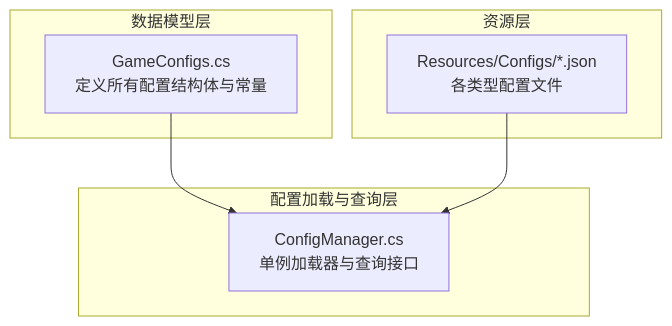
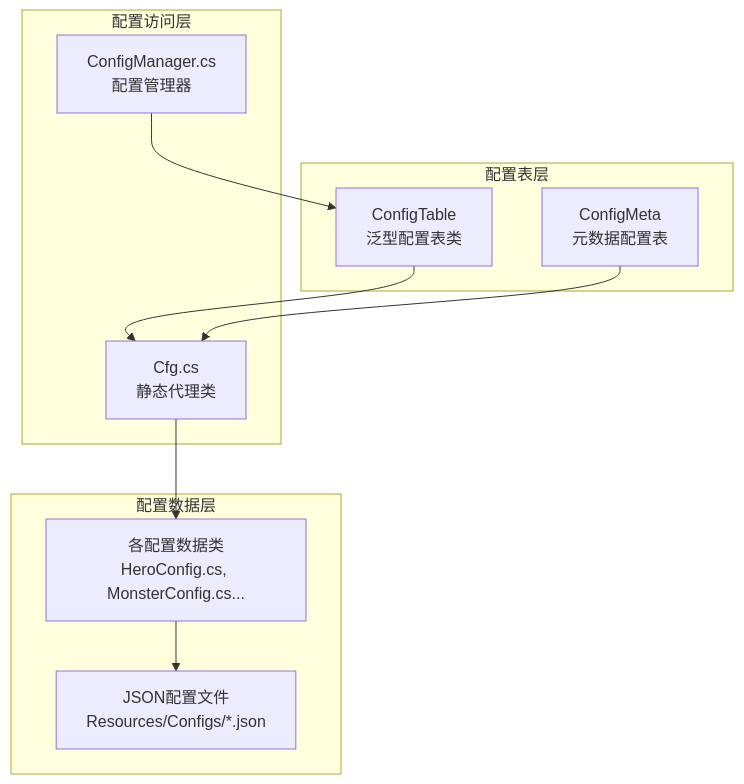
The first of 5 diagrams in .qoder/repowiki/zh/content/配置管理系统/配置管理系统.md (Tuusen/p1_client), drawn with Mermaid before and after one commit. The commit also changed other lines of this file and 85 other files, not shown here.

````diff
--- a/.qoder/repowiki/zh/content/配置管理系统/配置管理系统.md
+++ b/.qoder/repowiki/zh/content/配置管理系统/配置管理系统.md
@@ -45,14 +55,20 @@
 ```mermaid
 graph TB
-subgraph "数据模型层"
-GC["GameConfigs.cs<br/>定义所有配置结构体与常量"]
+subgraph "配置表层"
+CT["ConfigTable<TItem, TMeta><br/>泛型配置表类"]
+CM["ConfigMeta<TMeta><br/>元数据配置表"]
 end
-subgraph "配置加载与查询层"
-CM["ConfigManager.cs<br/>单例加载器与查询接口"]
+subgraph "配置访问层"
+CFG["Cfg.cs<br/>静态代理类"]
+CMGR["ConfigManager.cs<br/>配置管理器"]
 end
-subgraph "资源层"
-RC["Resources/Configs/*.json<br/>各类型配置文件"]
+subgraph "配置数据层"
+DATA["各配置数据类<br/>HeroConfig.cs, MonsterConfig.cs..."]
+JSON["JSON配置文件<br/>Resources/Configs/*.json"]
 end
-GC --> CM
-RC --> CM
+CT --> CFG
+CM --> CFG
+CMGR --> CT
+CFG --> DATA
+DATA --> JSON
 ```
````
